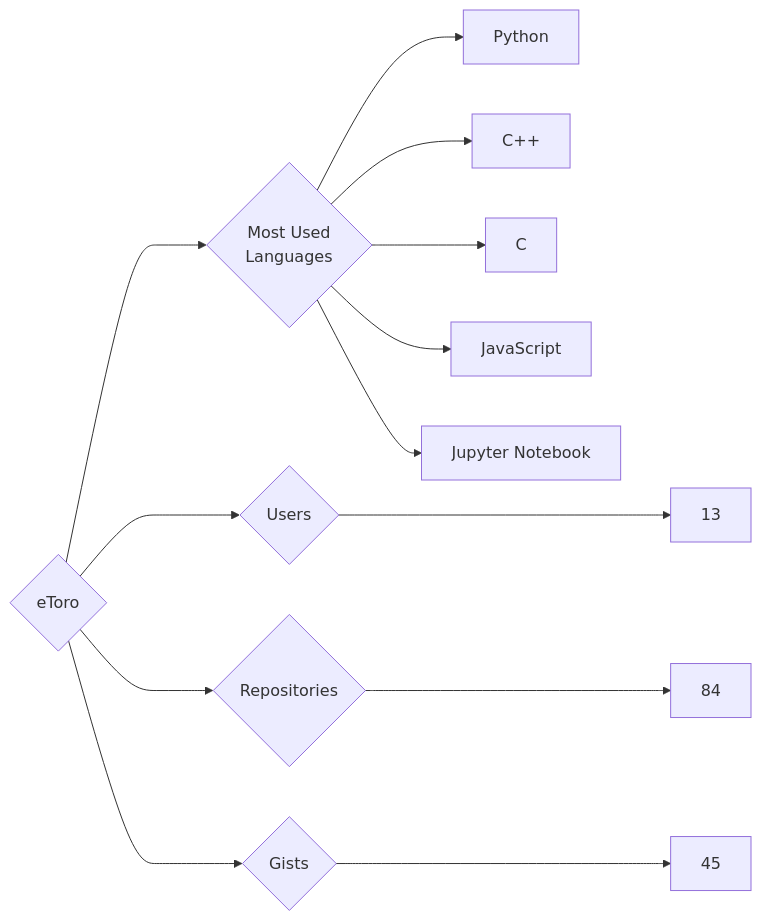
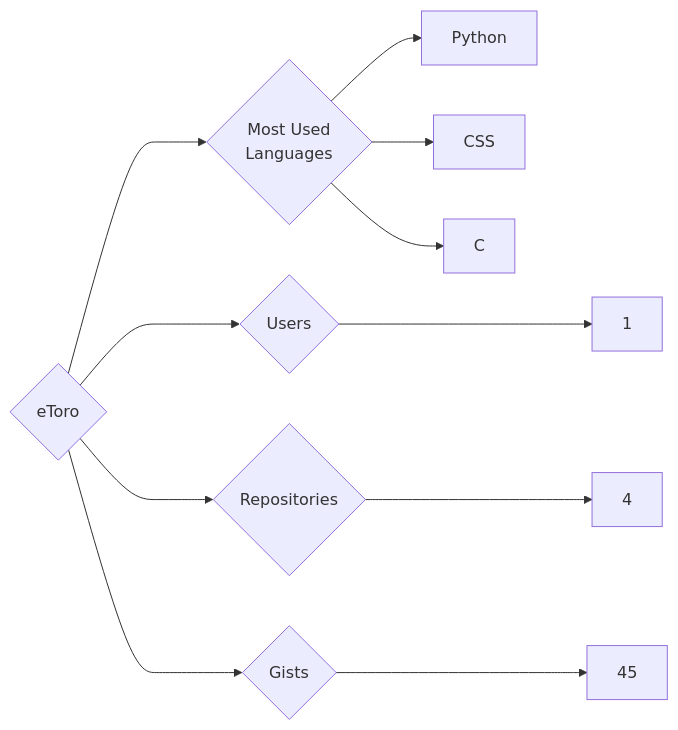
The diagram in targets/eToro/README.md (trickest/insiders), drawn with Mermaid before and after one commit. The commit also changed 895 other files, not shown here.

````diff
--- a/targets/eToro/README.md
+++ b/targets/eToro/README.md
@@ -3,13 +3,11 @@
 ```mermaid
 graph LR
 COMPANY_NAME{eToro}
-COMPANY_NAME ---> U{Users} ---> UN[13]
-COMPANY_NAME ---> R{Repositories} ---> RN[84]
+COMPANY_NAME ---> U{Users} ---> UN[1]
+COMPANY_NAME ---> R{Repositories} ---> RN[4]
 COMPANY_NAME ---> G{Gists} ---> GN[45]
 COMPANY_NAME ---> ML{Most Used<br>Languages}
 ML --> Python[Python]
-ML --> C++[C++]
+ML --> CSS[CSS]
 ML --> C[C]
-ML --> JavaScript[JavaScript]
-ML --> Jupyter_Notebook[Jupyter Notebook]
 ```
````
